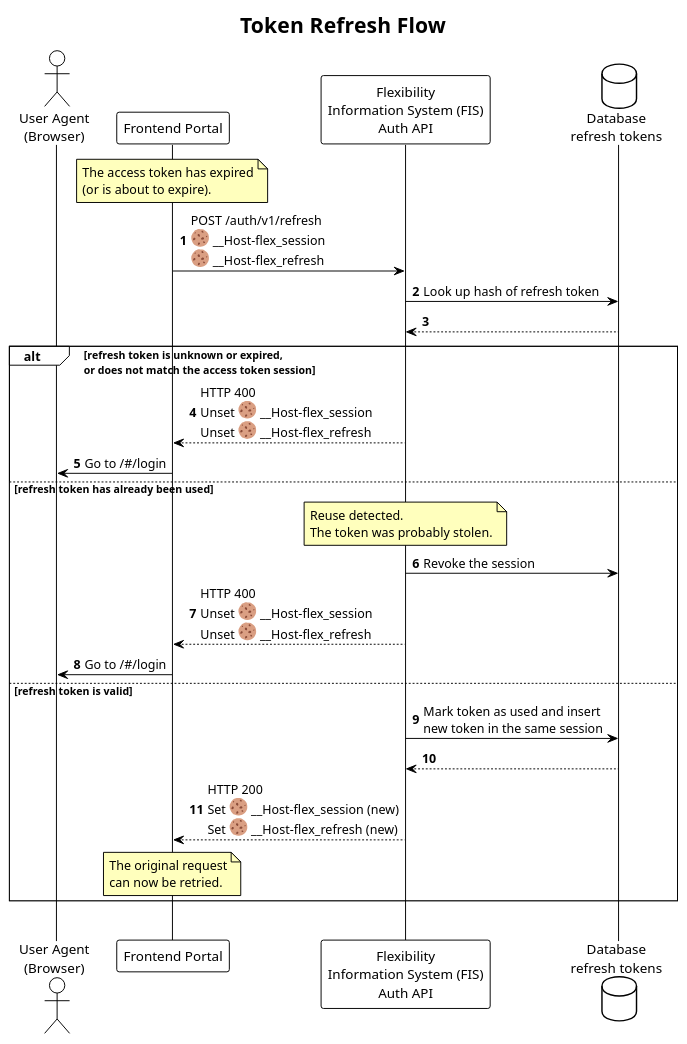
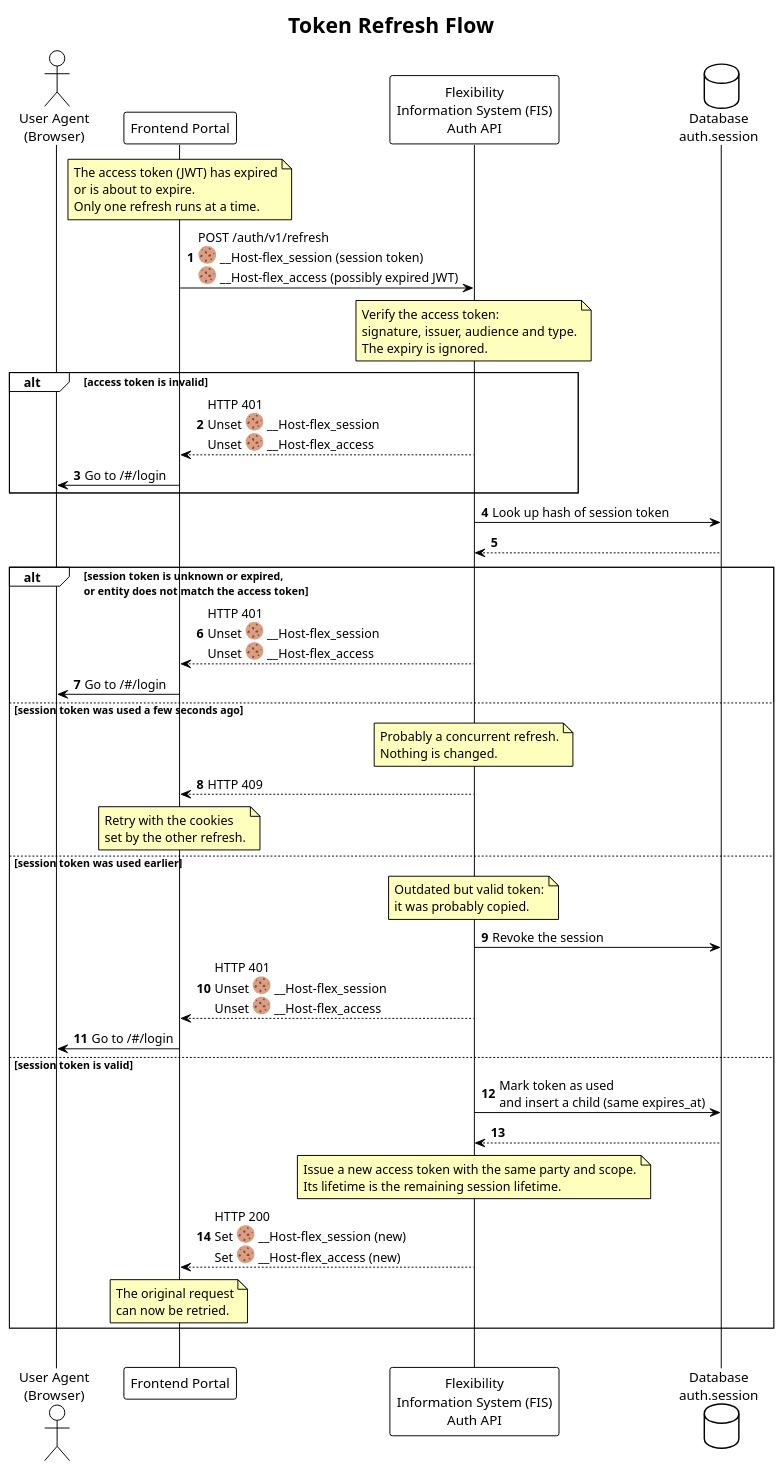
Before and after one commit to elhub/flex-information-system: the diagram in docs-dev/diagrams/token_refresh_sequence.plantuml, drawn with PlantUML. The commit also changed 7 other files, not shown here.

Commit message:
docs: new iteration (opaque session token + JWT access token) (FLEX-1617)

```diff
--- a/docs-dev/diagrams/token_refresh_sequence.plantuml
+++ b/docs-dev/diagrams/token_refresh_sequence.plantuml
@@ -1,49 +1,76 @@
 @startuml token_refresh_sequence
 
 !theme plain
 
 title Token Refresh Flow
 
 autonumber
 
 skinparam note {
     BackgroundColor #FFFFBD
 }
 
 actor "User Agent\n(Browser)" as UA
 participant "Frontend Portal" as PORTAL
 participant "Flexibility\nInformation System (FIS)\nAuth API" as AUTH
-database "Database\nrefresh tokens" as DB
+database "Database\nauth.session" as DB
 
 note over PORTAL
-    The access token has expired
-    (or is about to expire).
+    The access token (JWT) has expired
+    or is about to expire.
+    Only one refresh runs at a time.
 end note
 
-PORTAL -> AUTH: POST /auth/v1/refresh\n<:cookie:> __Host-flex_session\n<:cookie:> __Host-flex_refresh
-AUTH -> DB: Look up hash of refresh token
+PORTAL -> AUTH: POST /auth/v1/refresh\n<:cookie:> __Host-flex_session (session token)\n<:cookie:> __Host-flex_access (possibly expired JWT)
+
+note over AUTH
+    Verify the access token:
+    signature, issuer, audience and type.
+    The expiry is ignored.
+end note
+
+alt access token is invalid
+    AUTH --> PORTAL: HTTP 401\nUnset <:cookie:> __Host-flex_session\nUnset <:cookie:> __Host-flex_access
+    PORTAL -> UA: Go to /#/login
+end
+
+AUTH -> DB: Look up hash of session token
 DB --> AUTH
 
-alt refresh token is unknown or expired,\nor does not match the access token session
-    AUTH --> PORTAL: HTTP 400\nUnset <:cookie:> __Host-flex_session\nUnset <:cookie:> __Host-flex_refresh
+alt session token is unknown or expired,\nor entity does not match the access token
+    AUTH --> PORTAL: HTTP 401\nUnset <:cookie:> __Host-flex_session\nUnset <:cookie:> __Host-flex_access
     PORTAL -> UA: Go to /#/login
-else refresh token has already been used
+else session token was used a few seconds ago
     note over AUTH
-        Reuse detected.
-        The token was probably stolen.
+        Probably a concurrent refresh.
+        Nothing is changed.
+    end note
+    AUTH --> PORTAL: HTTP 409
+    note over PORTAL
+        Retry with the cookies
+        set by the other refresh.
+    end note
+else session token was used earlier
+    note over AUTH
+        Outdated but valid token:
+        it was probably copied.
     end note
     AUTH -> DB: Revoke the session
-    AUTH --> PORTAL: HTTP 400\nUnset <:cookie:> __Host-flex_session\nUnset <:cookie:> __Host-flex_refresh
+    AUTH --> PORTAL: HTTP 401\nUnset <:cookie:> __Host-flex_session\nUnset <:cookie:> __Host-flex_access
     PORTAL -> UA: Go to /#/login
-else refresh token is valid
-    AUTH -> DB: Mark token as used and insert\nnew token in the same session
+else session token is valid
+    AUTH -> DB: Mark token as used\nand insert a child (same expires_at)
     DB --> AUTH
-    AUTH --> PORTAL: HTTP 200\nSet <:cookie:> __Host-flex_session (new)\nSet <:cookie:> __Host-flex_refresh (new)
+    note over AUTH
+        Issue a new access token with the same party and scope.
+        Its lifetime is the remaining session lifetime.
+    end note
+    AUTH --> PORTAL: HTTP 200\nSet <:cookie:> __Host-flex_session (new)\nSet <:cookie:> __Host-flex_access (new)
     note over PORTAL
         The original request
         can now be retried.
     end note
 end
 
 |||
 @enduml
```
